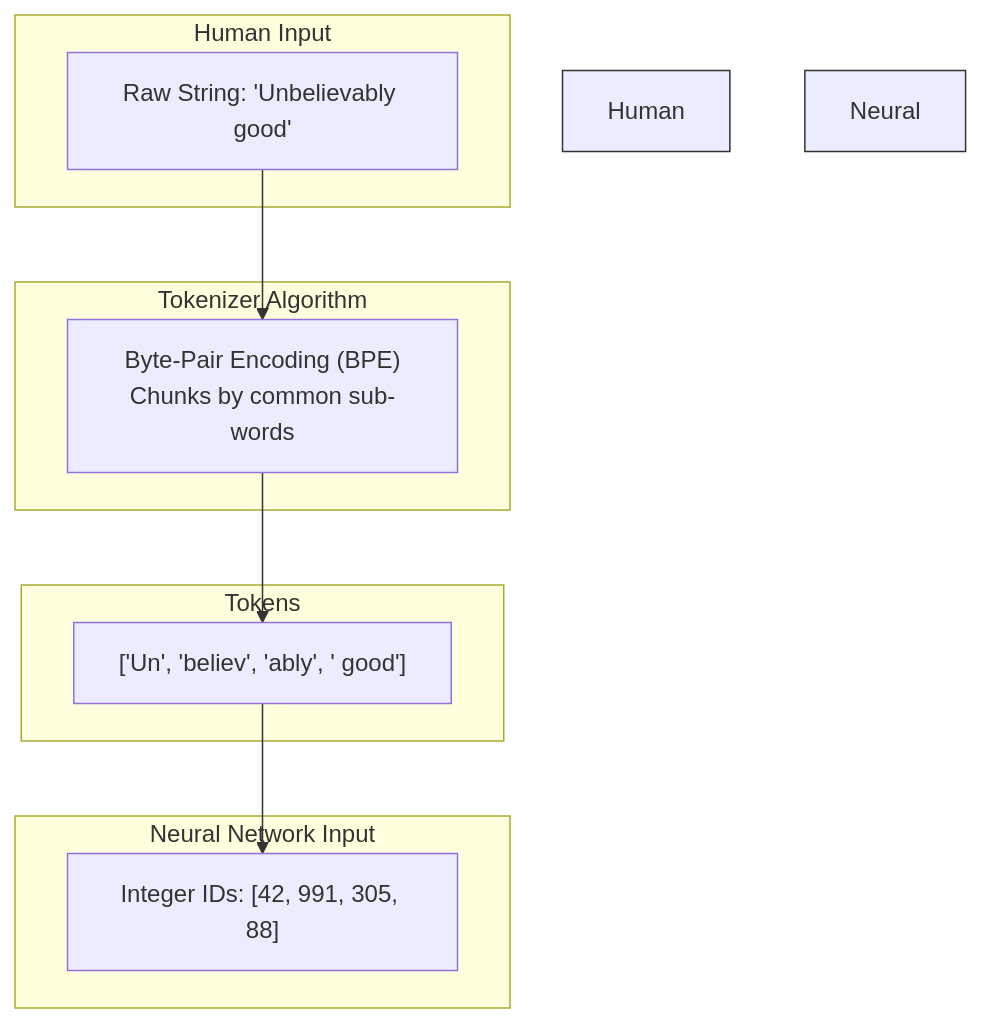
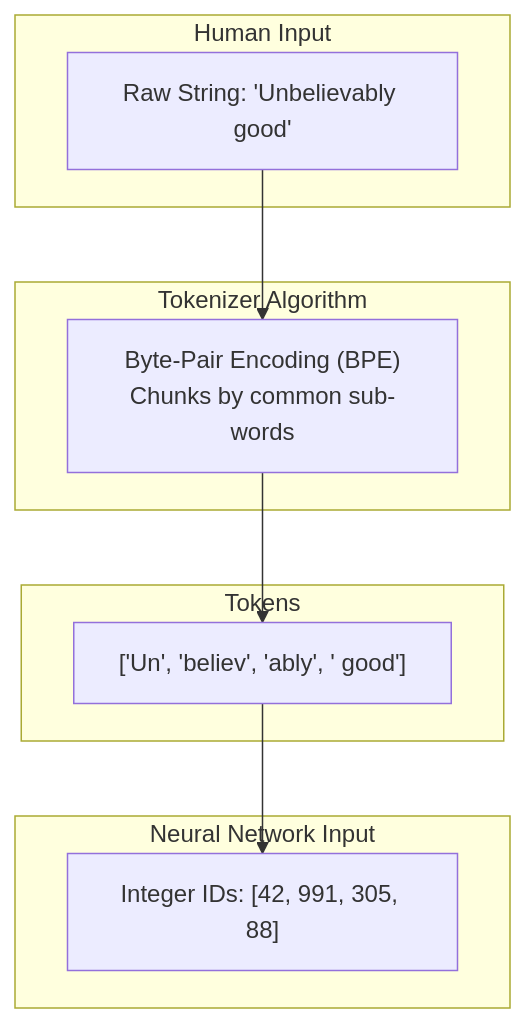
The diagram in topics/17 - LM - Tokenizers.md (Nagaraj17/ai-learning-lab), drawn with Mermaid before and after one commit. The commit also changed 4 other files, not shown here.

````diff
--- a/topics/17 - LM - Tokenizers.md
+++ b/topics/17 - LM - Tokenizers.md
@@ -27,23 +27,20 @@
 ```mermaid
 graph TD
-    subgraph Human Input
-    S["Raw String: 'Unbelievably good'"]
+    subgraph SG1 ["Human Input"]
+        S["Raw String: 'Unbelievably good'"]
     end
     
-    subgraph Tokenizer Algorithm
-    BPE["Byte-Pair Encoding (BPE)<br>Chunks by common sub-words"]
+    subgraph SG2 ["Tokenizer Algorithm"]
+        BPE["Byte-Pair Encoding (BPE)<br>Chunks by common sub-words"]
     end
     
-    subgraph Tokens
-    T["['Un', 'believ', 'ably', ' good']"]
+    subgraph SG3 ["Tokens"]
+        T["['Un', 'believ', 'ably', ' good']"]
     end
     
-    subgraph Neural Network Input
-    I["Integer IDs: [42, 991, 305, 88]"]
+    subgraph SG4 ["Neural Network Input"]
+        I["Integer IDs: [42, 991, 305, 88]"]
     end
     
     S --> BPE --> T --> I
-    
-    style Human Input fill:#f9f9f9,stroke:#333
-    style Neural Network Input fill:#eef9ff,stroke:#333
 ```
````
